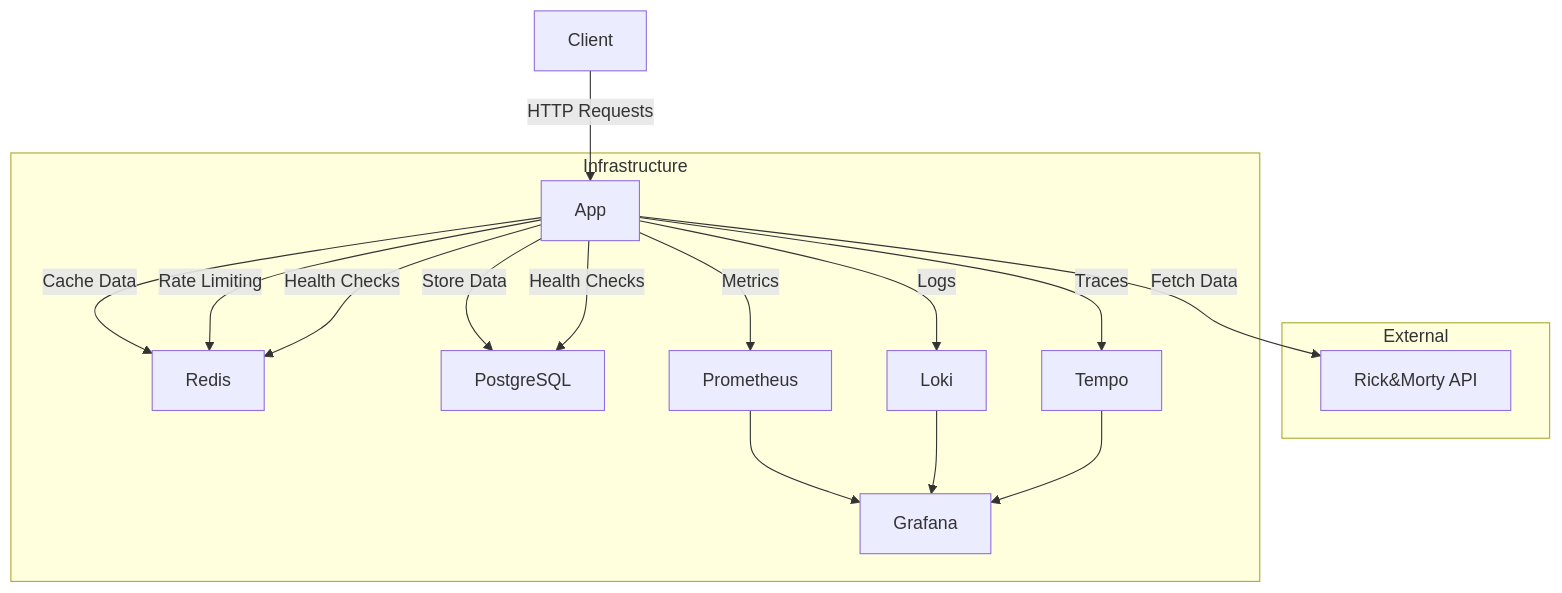
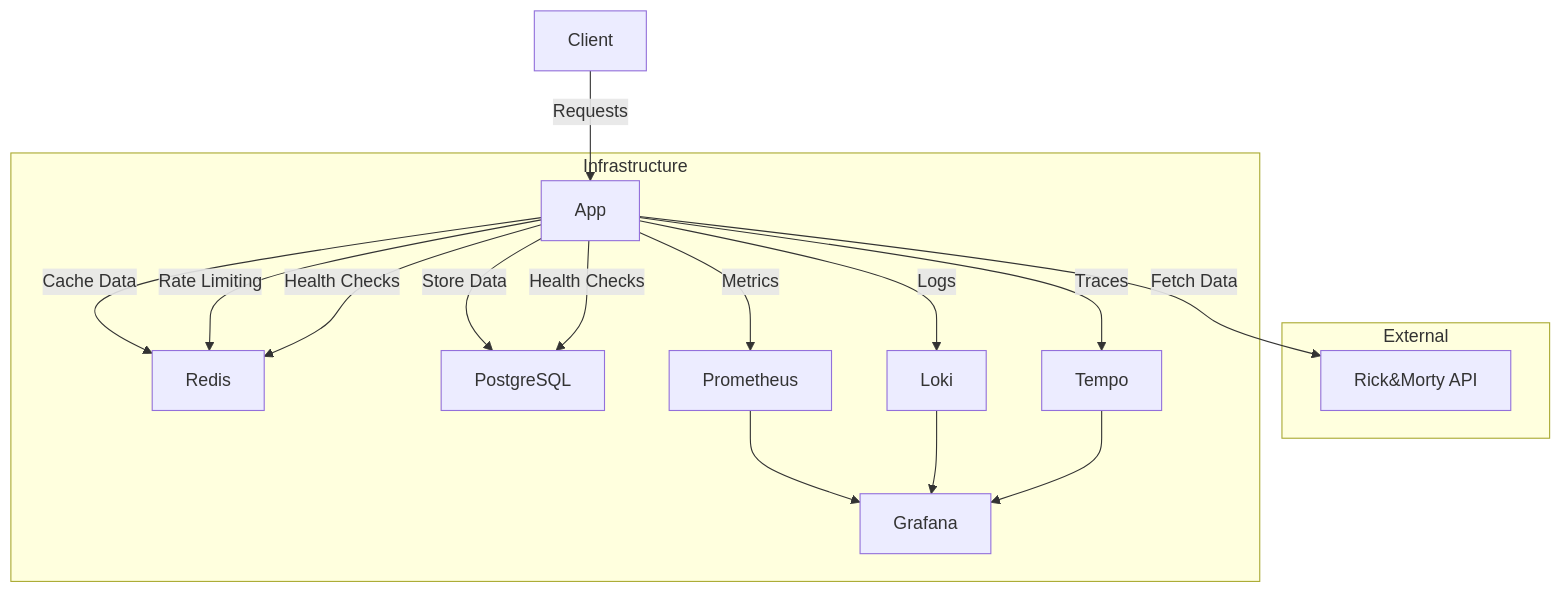
One commit to forselli/akamai-sre-home-assignment changed the diagram in README.md. Above: the diagram before and after it, drawn with Mermaid. The commit also changed other lines of this file and 1 other file, not shown here.

````diff
--- a/README.md
+++ b/README.md
@@ -7,32 +7,32 @@
 ```mermaid
 graph TD
-    Client[Client] -->|HTTP Requests| B
+    Client[Client] -->|Requests| B
 
     subgraph External
         A[Rick&Morty API]
     end
 
     subgraph Infrastructure
         B[App]
         C[Redis]
         D[PostgreSQL]
         E[Prometheus]
         F[Loki]
         G[Tempo]
         H[Grafana]
 
         B -->|Cache Data| C
         B -->|Store Data| D
         B -->|Rate Limiting| C
         B -->|Health Checks| C
         B -->|Health Checks| D
         B -->|Metrics| E
         B -->|Logs| F
         B -->|Traces| G
         E -->H
         F -->H
         G -->H
     end
 
     B -->|Fetch Data| A
 ```
````
